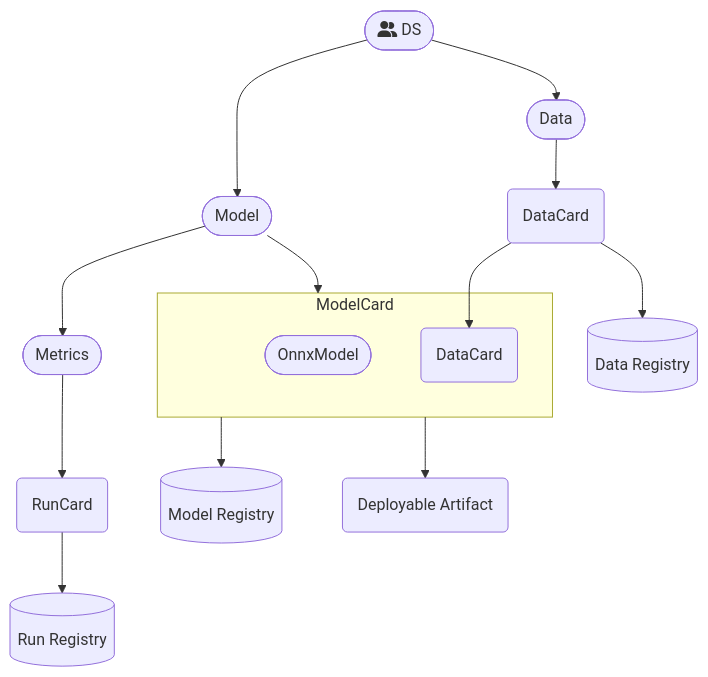
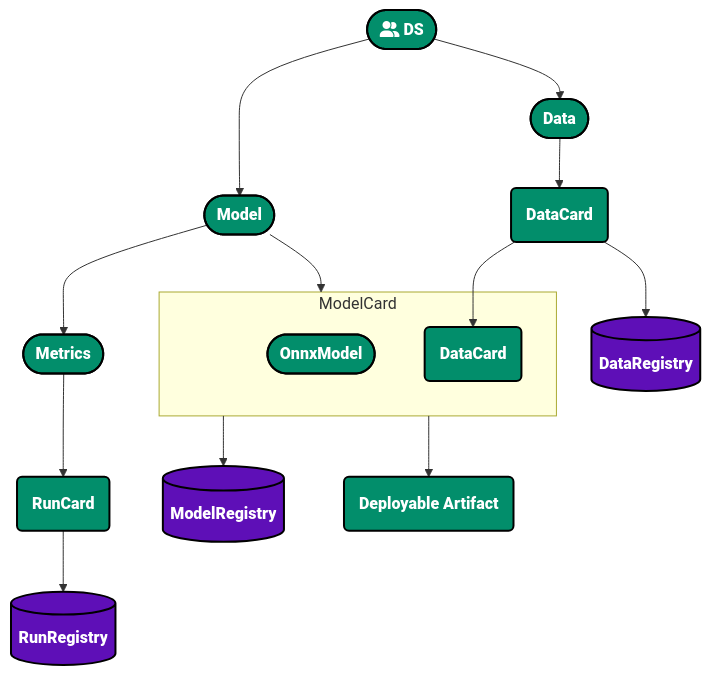
One commit to demml/opsml changed the diagram in docs/docs/cards/overview.md. Above: the diagram before and after it, drawn with Mermaid. The commit also changed other lines of this file, not shown here.

Commit message:
Follow consistent flows.

````diff
--- a/docs/docs/cards/overview.md
+++ b/docs/docs/cards/overview.md
@@ -3,20 +12,35 @@
 ```mermaid
+
+
 flowchart TD
   DS(["fa:fa-user-group" DS])
     DS --> Model([Model])
       Model --> Metrics([Metrics])
         Metrics --> RunCard(RunCard)
-          RunCard --> RunRegistry[(Run Registry)]
+          RunCard --> RunRegistry[(RunRegistry)]
       Model --> ModelCard
         subgraph ModelCard
           OnnxModel([OnnxModel])
           ModelCardDataCard(DataCard)
         end
-        ModelCard --> ModelRegistry[(Model Registry)]
+        ModelCard --> ModelRegistry[(ModelRegistry)]
         ModelCard --> DeployableArtifact(Deployable Artifact)
     DS --> Data([Data])
       Data --> DataCard(DataCard)
         DataCard --> ModelCardDataCard
-        DataCard --> DataRegistry[(Data Registry)]
+        DataCard --> DataRegistry[(DataRegistry)]
 
+  style DS fill:#028e6b,stroke:black,stroke-width:2px,color:white,font-weight:bolder
+  style Model fill:#028e6b,stroke:black,stroke-width:2px,color:white,font-weight:bolder
+  style Metrics fill:#028e6b,stroke:black,stroke-width:2px,color:white,font-weight:bolder
+  style Data fill:#028e6b,stroke:black,stroke-width:2px,color:white,font-weight:bolder
+  style RunCard fill:#028e6b,stroke:black,stroke-width:2px,color:white,font-weight:bolder
+  style OnnxModel fill:#028e6b,stroke:black,stroke-width:2px,color:white,font-weight:bolder
+  style DataCard fill:#028e6b,stroke:black,stroke-width:2px,color:white,font-weight:bolder
+  style ModelCardDataCard fill:#028e6b,stroke:black,stroke-width:2px,color:white,font-weight:bolder
+  style DeployableArtifact fill:#028e6b,stroke:black,stroke-width:2px,color:white,font-weight:bolder
+
+  style RunRegistry fill:#5e0fb7,stroke:black,stroke-width:2px,color:white,font-weight:bolder
+  style ModelRegistry fill:#5e0fb7,stroke:black,stroke-width:2px,color:white,font-weight:bolder
+  style DataRegistry fill:#5e0fb7,stroke:black,stroke-width:2px,color:white,font-weight:bolder
 ```
````
